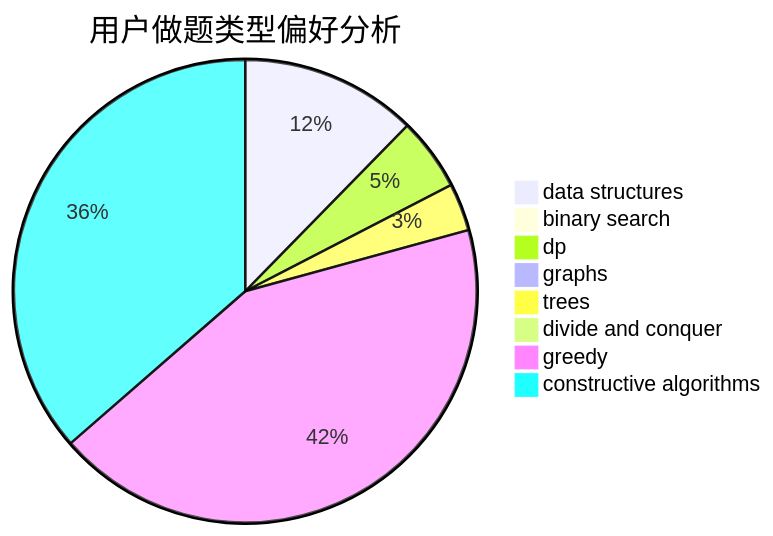
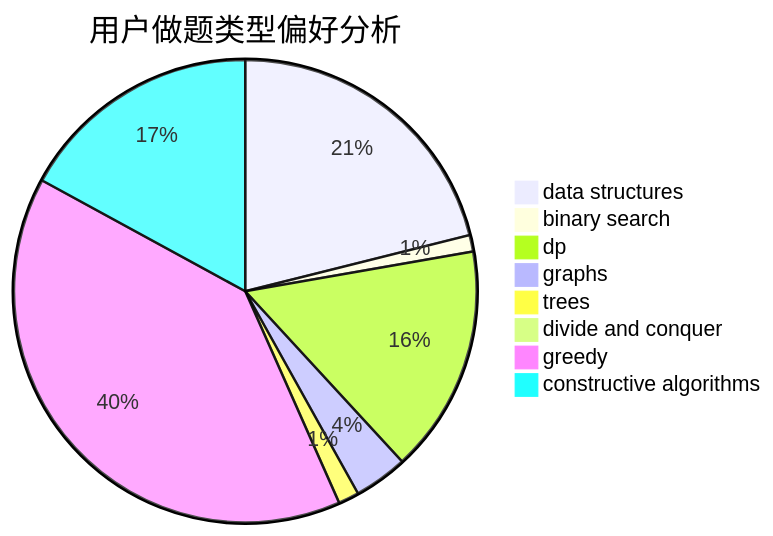
Before and after one commit to sherpahu/cfrs.github.io: the second of 3 diagrams in docs/user/u1422.md, drawn with Mermaid. The commit also changed other lines of this file and 2770 other files, not shown here.

````diff
--- a/docs/user/u1422.md
+++ b/docs/user/u1422.md
@@ -23,11 +23,11 @@
 ```mermaid
 pie title 用户做题类型偏好分析
-    "data structures" :  63
-    "binary search" :  1
-    "dp" :  26
-    "graphs" :  2
-    "trees" :  17
-    "divide and conquer" :  3
-    "greedy" :  219
-    "constructive algorithms" :  186
+    "data structures" :  73
+    "binary search" :  4
+    "dp" :  55
+    "graphs" :  13
+    "trees" :  5
+    "divide and conquer" :  0
+    "greedy" :  137
+    "constructive algorithms" :  59
 ```
````
